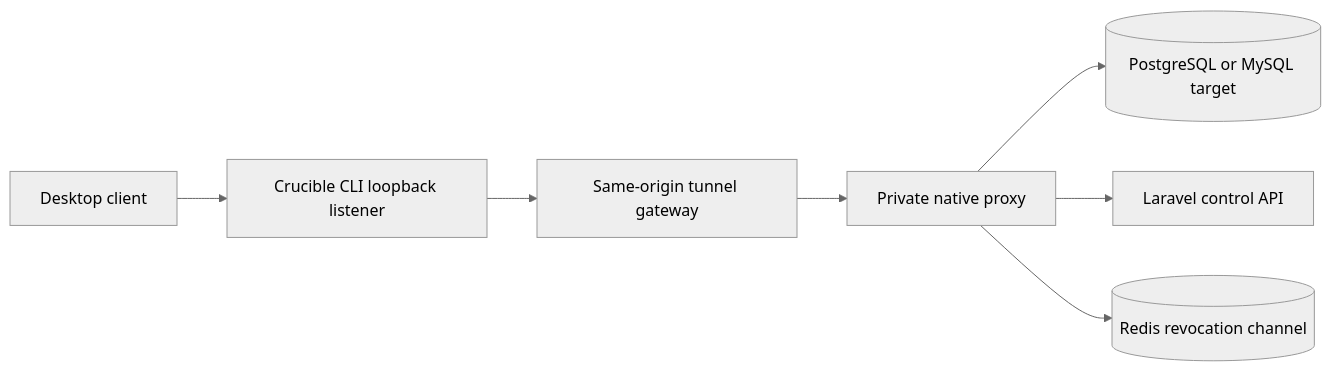
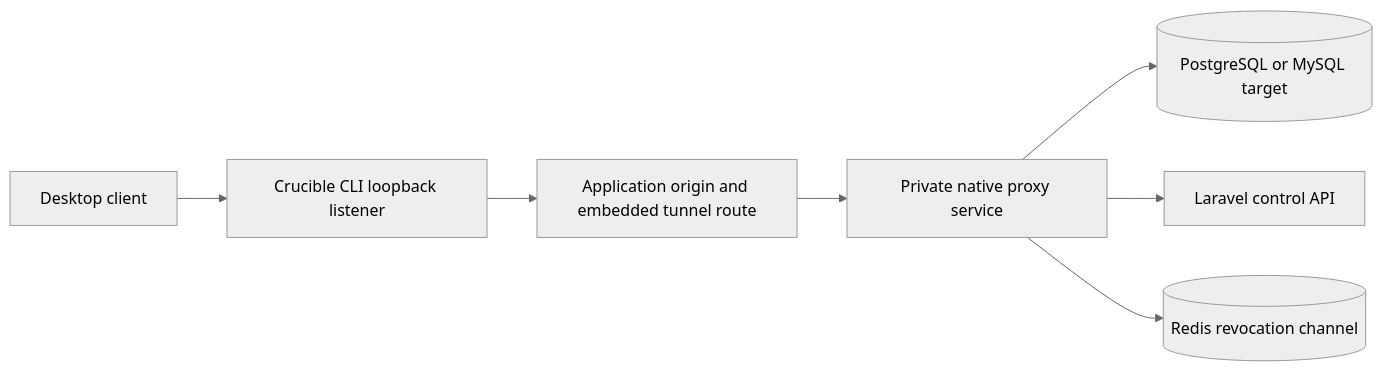
The diagram in docs/operations/native-proxy.md (adiwidia-dev/crucible-db), drawn with Mermaid (neutral theme) before and after one commit. The commit also changed other lines of this file and 11 other files, not shown here.

````diff
--- a/docs/operations/native-proxy.md
+++ b/docs/operations/native-proxy.md
@@ -5,9 +5,9 @@
 ```mermaid
 flowchart LR
     C[Desktop client] --> L[Crucible CLI loopback listener]
-    L --> G[Same-origin tunnel gateway]
-    G --> P[Private native proxy]
+    L --> G[Application origin and embedded tunnel route]
+    G --> P[Private native proxy service]
     P --> T[(PostgreSQL or MySQL target)]
     P --> A[Laravel control API]
     P --> R[(Redis revocation channel)]
 ```
````
